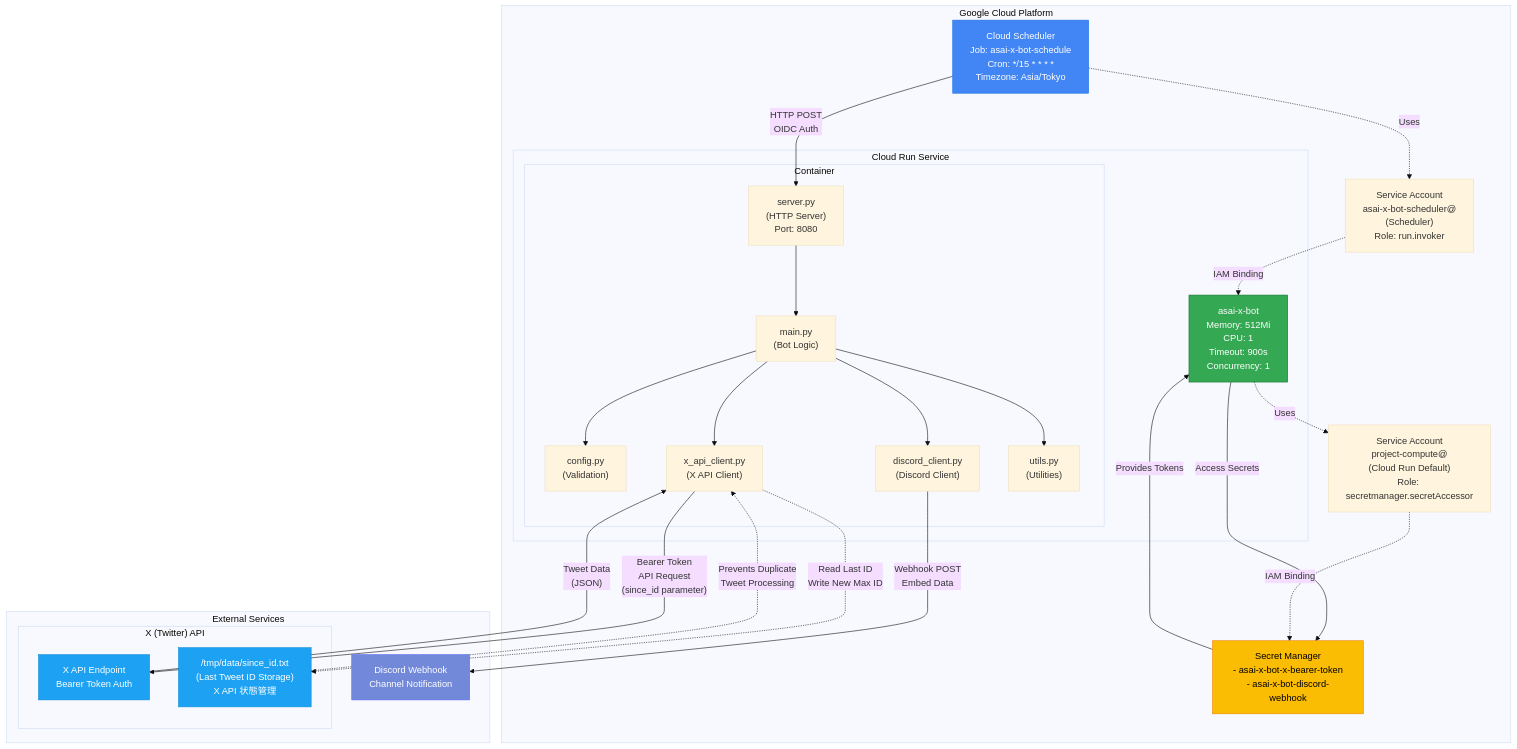
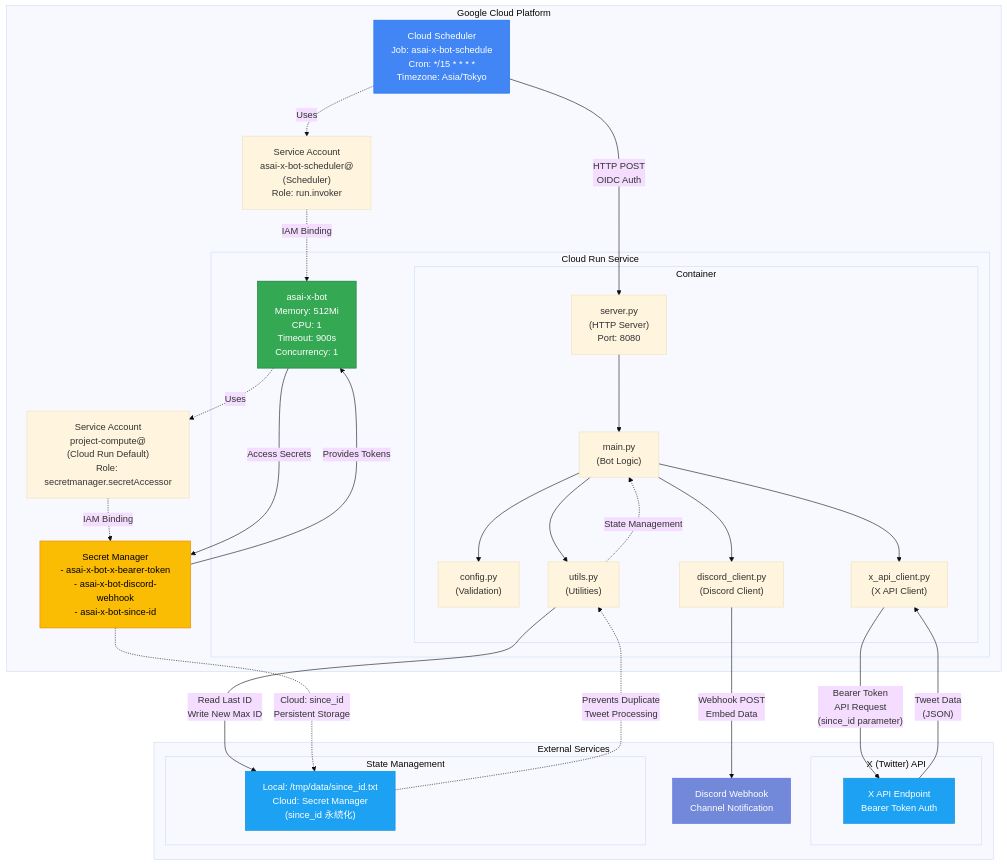
The second of 2 diagrams in README.md (AobaIwaki123/asai-x-bot), drawn with Mermaid (base theme) before and after one commit. The commit also changed other lines of this file and 1 other file, not shown here.

Commit message:
update: READMEとsrc/READMEを修正し、Secret Managerによるsince_idの永続化とローカルフォールバック機能を追加

````diff
--- a/README.md
+++ b/README.md
@@ -219,63 +231,69 @@
 ```mermaid
 graph TD
     subgraph "Google Cloud Platform"
         CS["Cloud Scheduler<br/>Job: asai-x-bot-schedule<br/>Cron: */15 * * * *<br/>Timezone: Asia/Tokyo"]
         
         subgraph "Cloud Run Service"
             CR["asai-x-bot<br/>Memory: 512Mi<br/>CPU: 1<br/>Timeout: 900s<br/>Concurrency: 1"]
             
             subgraph "Container"
                 SV["server.py<br/>(HTTP Server)<br/>Port: 8080"]
                 MN["main.py<br/>(Bot Logic)"]
                 CF["config.py<br/>(Validation)"]
                 XC["x_api_client.py<br/>(X API Client)"]
                 DC_CLIENT["discord_client.py<br/>(Discord Client)"]
                 UT["utils.py<br/>(Utilities)"]
             end
         end
         
-        SM["Secret Manager<br/>- asai-x-bot-x-bearer-token<br/>- asai-x-bot-discord-webhook"]
+        SM["Secret Manager<br/>- asai-x-bot-x-bearer-token<br/>- asai-x-bot-discord-webhook<br/>- asai-x-bot-since-id"]
         
         SA1["Service Account<br/>project-compute@<br/>(Cloud Run Default)<br/>Role: secretmanager.secretAccessor"]
         
         SA2["Service Account<br/>asai-x-bot-scheduler@<br/>(Scheduler)<br/>Role: run.invoker"]
     end
     
     subgraph "External Services"
         subgraph "X (Twitter) API"
             XA["X API Endpoint<br/>Bearer Token Auth"]
-            XS["/tmp/data/since_id.txt<br/>(Last Tweet ID Storage)<br/>X API 状態管理"]
+        end
+        
+        subgraph "State Management"
+            XS["Local: /tmp/data/since_id.txt<br/>Cloud: Secret Manager<br/>(since_id 永続化)"]
         end
         DW["Discord Webhook<br/>Channel Notification"]
     end
     
     CS -->|"HTTP POST<br/>OIDC Auth"| SV
     SV --> MN
     MN --> CF
     MN --> XC
     MN --> DC_CLIENT
     MN --> UT
     
     CR -->|"Access Secrets"| SM
     SM -->|"Provides Tokens"| CR
     
     XC -->|"Bearer Token<br/>API Request<br/>(since_id parameter)"| XA
     XA -->|"Tweet Data<br/>(JSON)"| XC
     
-    XC -.->|"Read Last ID<br/>Write New Max ID"| XS
-    XS -.->|"Prevents Duplicate<br/>Tweet Processing"| XC
+    UT -->|"Read Last ID<br/>Write New Max ID"| XS
+    XS -.->|"Prevents Duplicate<br/>Tweet Processing"| UT
+    UT -.->|"State Management"| MN
+    
+    SM -.->|"Cloud: since_id<br/>Persistent Storage"| XS
     
     DC_CLIENT -->|"Webhook POST<br/>Embed Data"| DW
     
     SA1 -.->|"IAM Binding"| SM
     SA2 -.->|"IAM Binding"| CR
     CS -.->|"Uses"| SA2
     CR -.->|"Uses"| SA1
     
     style CS fill:#4285f4,stroke:#1a73e8,color:#fff
     style CR fill:#34a853,stroke:#137333,color:#fff
     style SM fill:#fbbc04,stroke:#ea8600,color:#000
     style XA fill:#1da1f2,stroke:#0d8bd9,color:#fff
     style XS fill:#1da1f2,stroke:#0d8bd9,color:#fff
     style DW fill:#7289da,stroke:#5865f2,color:#fff
 ```
````
